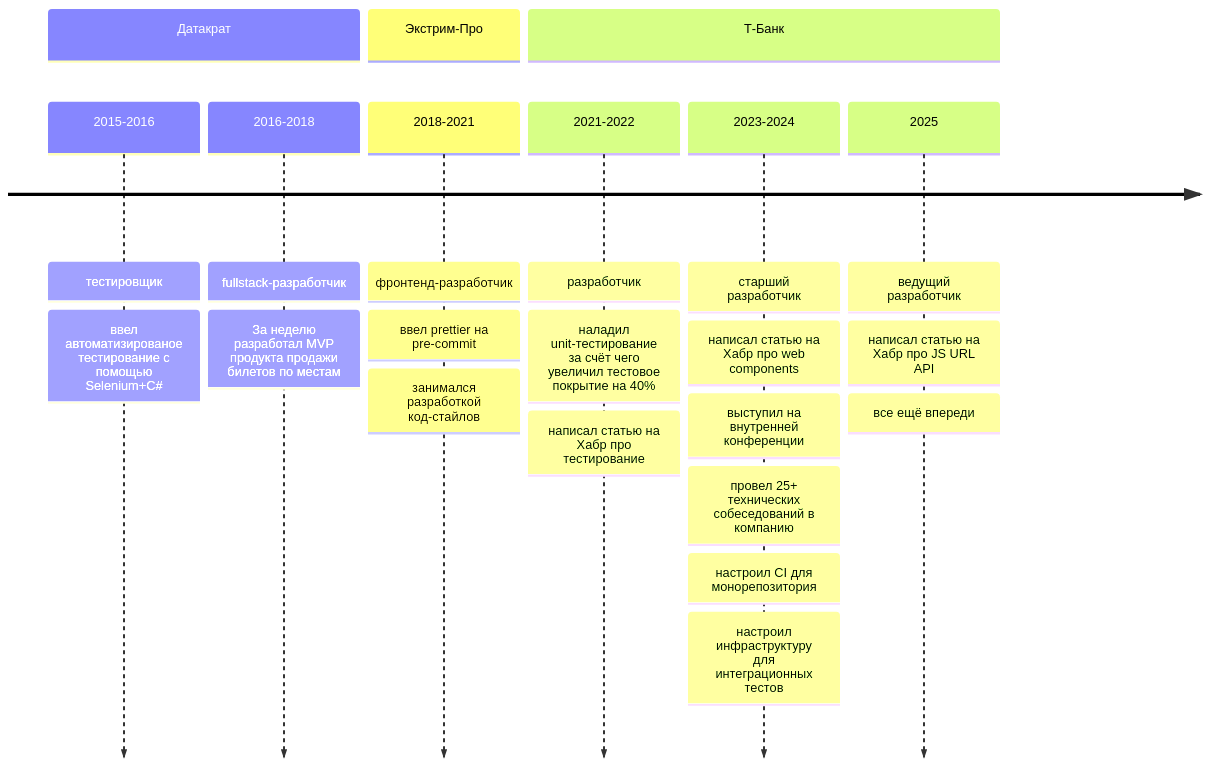
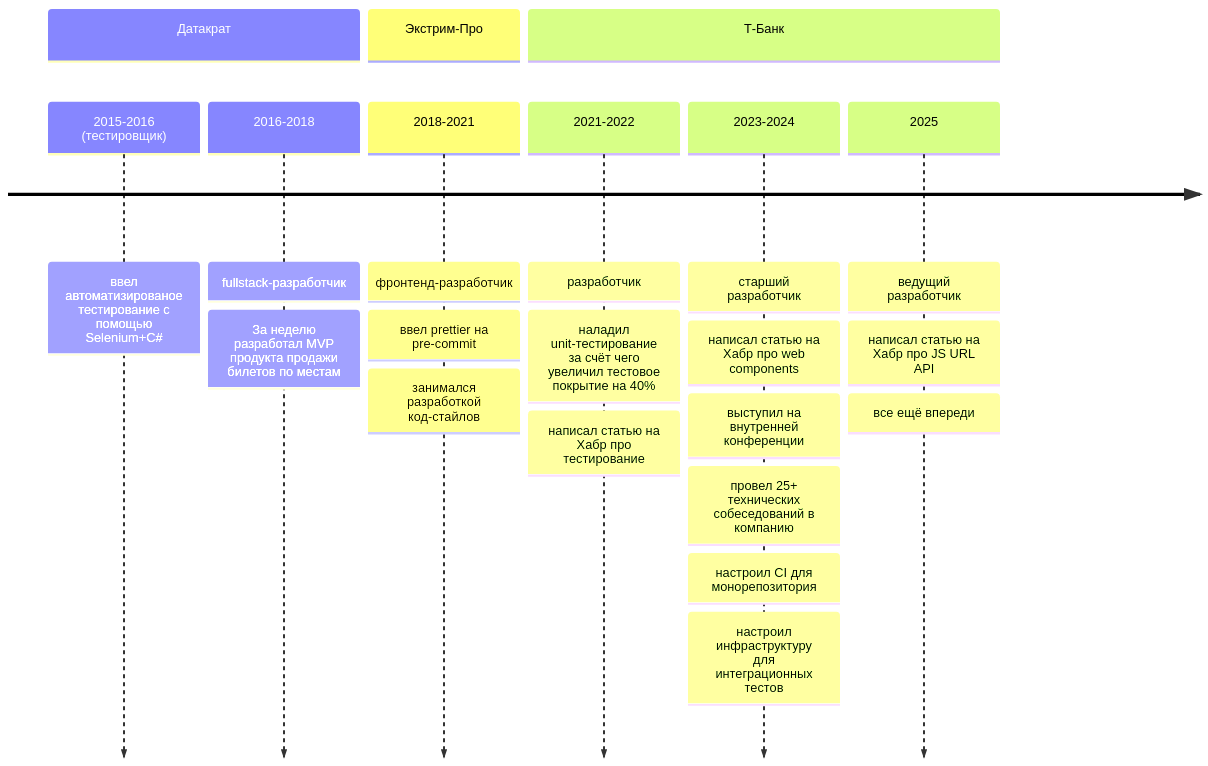
Before and after one commit to Goodzonchik/Goodzonchik: the first of 4 diagrams in README.md, drawn with Mermaid.

````diff
--- a/README.md
+++ b/README.md
@@ -7,25 +7,24 @@
 ```mermaid
 timeline
     section Датакрат
-        2015-2016 : тестировщик
-                  : ввел автоматизированое тестирование с помощью Selenium+C#
+        2015-2016 (тестировщик) : ввел автоматизированое тестирование с помощью Selenium+C#
         2016-2018 : fullstack-разработчик
                   : За неделю разработал MVP продукта продажи билетов по местам
     section Экстрим-Про
         2018-2021 : фронтенд-разработчик
                   : ввел prettier на pre-commit
                   : занимался разработкой код-стайлов
     section Т-Банк
         2021-2022 : разработчик
                   : наладил unit-тестирование за счёт чего увеличил тестовое покрытие на 40%
                   : написал статью на Хабр про тестирование
         2023-2024 : старший разработчик
                   : написал статью на Хабр про web components
                   : выступил на внутренней конференции
                   : провел 25+ технических собеседований в компанию
                   : настроил CI для монорепозитория
                   : настроил инфраструктуру для интеграционных тестов
         2025      : ведущий разработчик
                   : написал статью на Хабр про JS URL API
                   : все ещё впереди
 ```
````
